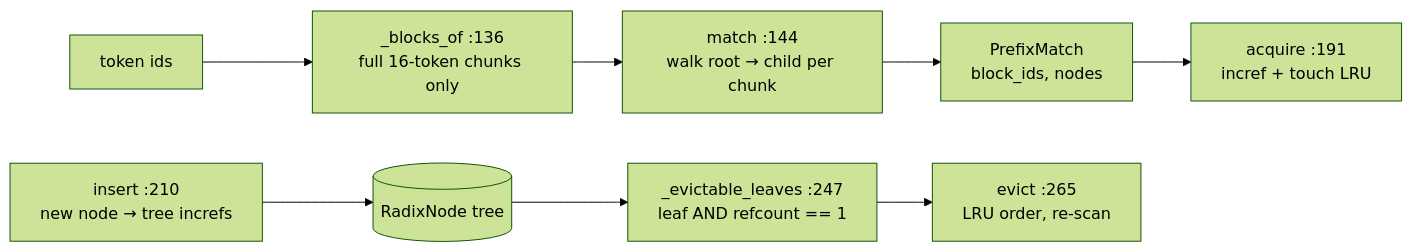
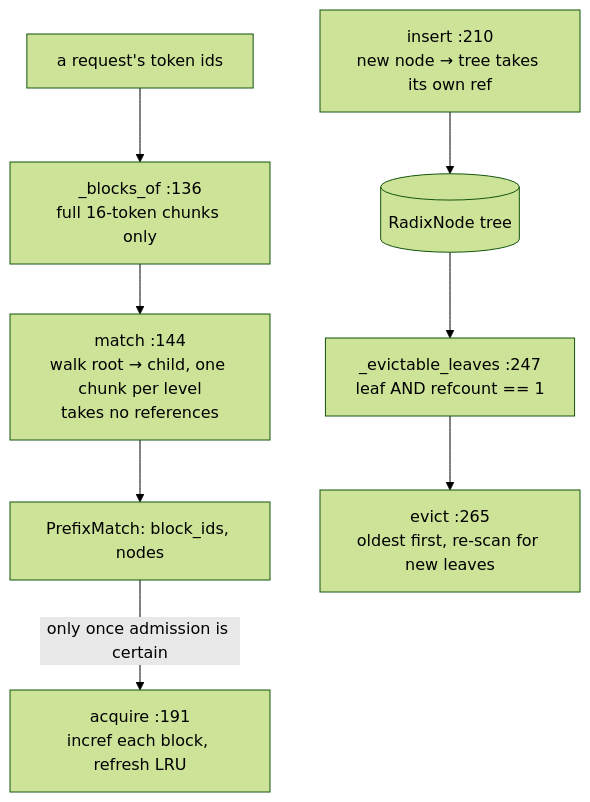
The fourth of 5 diagrams in Interview prep/Days/Day 02 - mini-vLLM II.md (jayavardhan-g/projects-vault), drawn with Mermaid (forest theme) before and after one commit. The commit also changed other lines of this file and 12 other files, not shown here.

First line of the commit message:
projects: Days 2-14 "Code, explained": full-width top-to-bottom diagrams, a figure per section, and a step-by-step flow per day

````diff
--- a/Interview prep/Days/Day 02 - mini-vLLM II.md
+++ b/Interview prep/Days/Day 02 - mini-vLLM II.md
@@ -393,9 +409,10 @@
 ```mermaid
-flowchart LR
-  T["token ids"] --> BO["_blocks_of :136<br/>full 16-token chunks only"]
-  BO --> MA["match :144<br/>walk root → child per chunk"]
-  MA --> PM["PrefixMatch<br/>block_ids, nodes"]
-  PM --> AC["acquire :191<br/>incref + touch LRU"]
-  INS["insert :210<br/>new node → tree increfs"] --> TREE[("RadixNode tree")]
-  TREE --> EL["_evictable_leaves :247<br/>leaf AND refcount == 1"] --> EV["evict :265<br/>LRU order, re-scan"]
+flowchart TB
+  T["a request's token ids"] --> BO["_blocks_of :136<br/>full 16-token chunks only"]
+  BO --> MA["match :144<br/>walk root → child, one chunk per level<br/>takes no references"]
+  MA --> PM["PrefixMatch: block_ids, nodes"]
+  PM -->|"only once admission is certain"| AC["acquire :191<br/>incref each block, refresh LRU"]
+  INS["insert :210<br/>new node → tree takes its own ref"] --> TREE[("RadixNode tree")]
+  TREE --> EL["_evictable_leaves :247<br/>leaf AND refcount == 1"]
+  EL --> EV["evict :265<br/>oldest first, re-scan for new leaves"]
 ```
````
